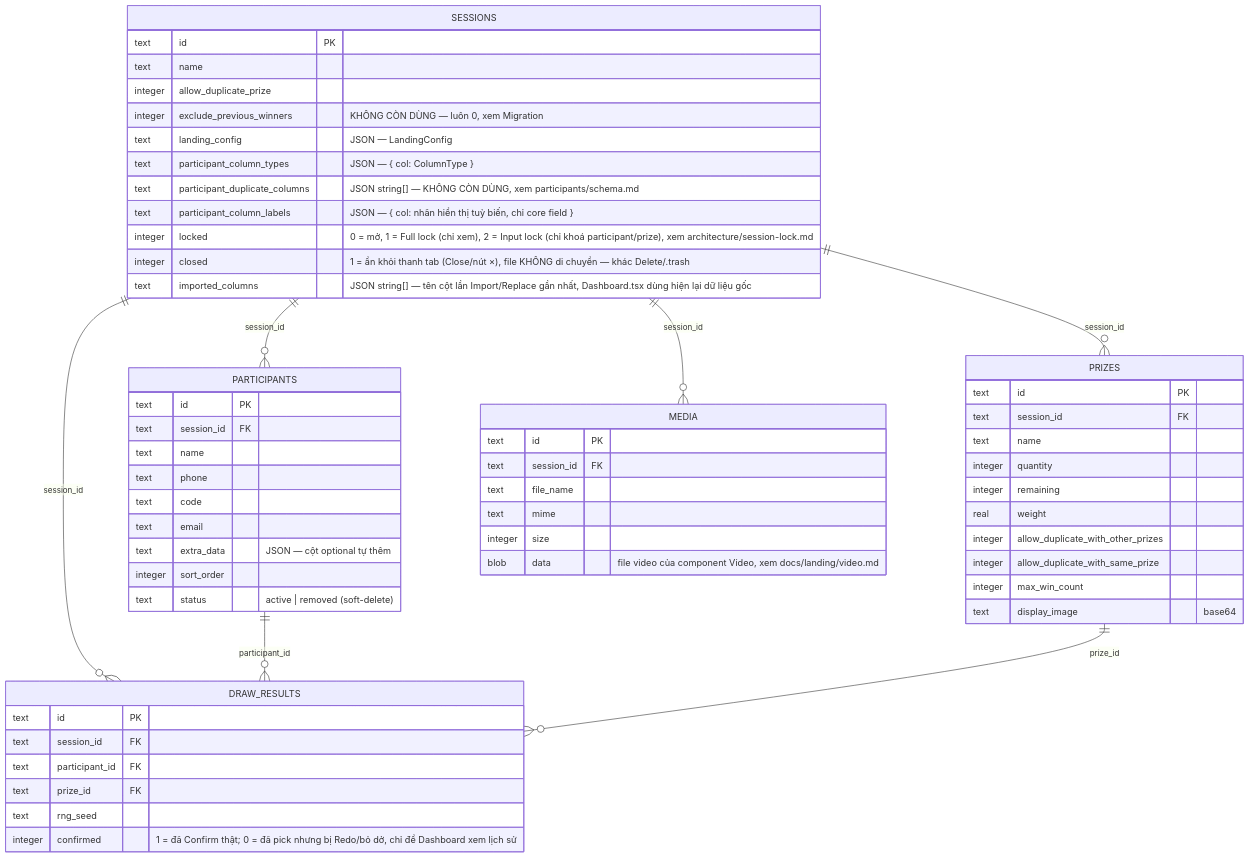
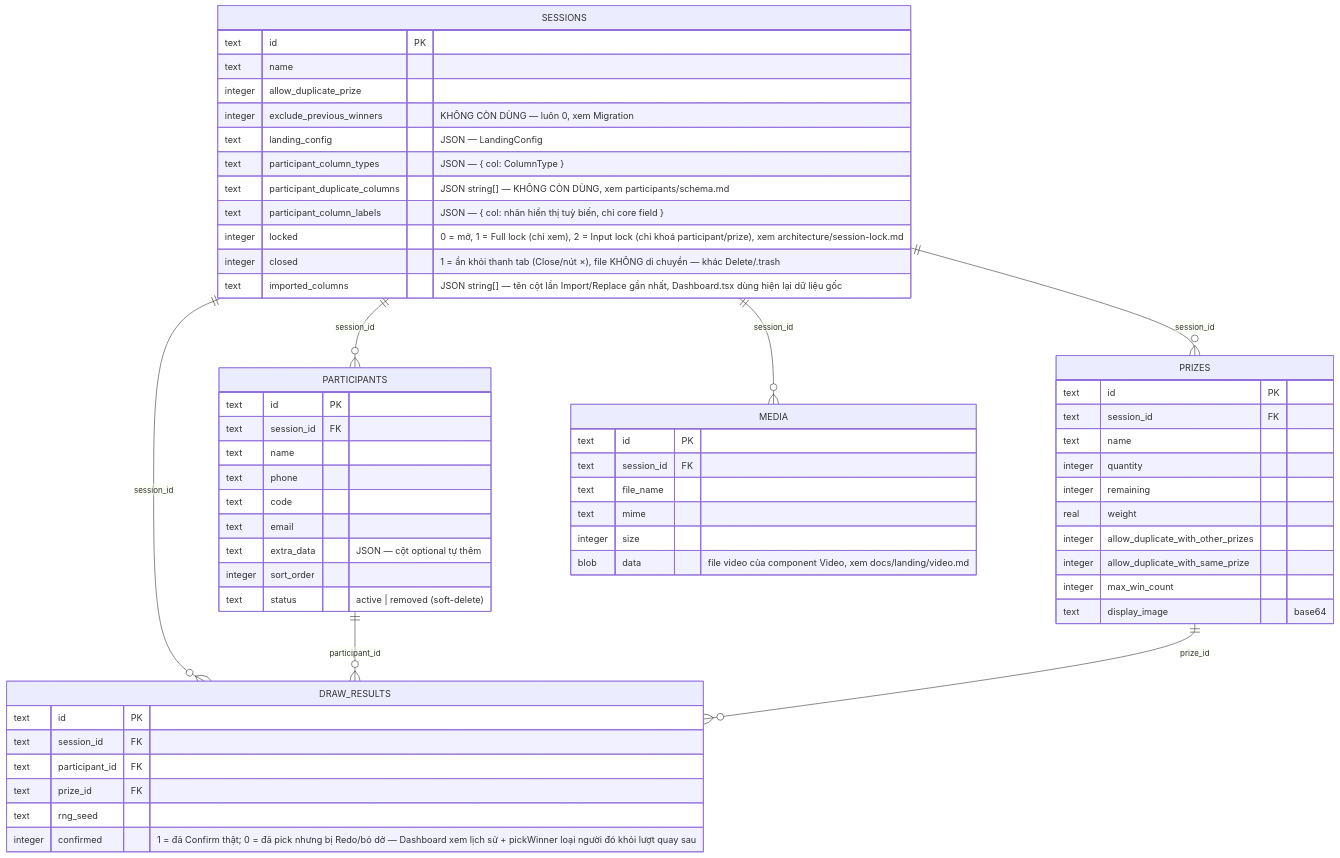
The diagram in docs/architecture/database-schema.md (nhatquang-nguyen-129/display_lucky_draw), drawn with Mermaid before and after one commit. The commit also changed 15 other files, not shown here.

````diff
--- a/docs/architecture/database-schema.md
+++ b/docs/architecture/database-schema.md
@@ -107,62 +107,62 @@
 ```mermaid
 erDiagram
   SESSIONS ||--o{ PARTICIPANTS : session_id
   SESSIONS ||--o{ PRIZES : session_id
   SESSIONS ||--o{ DRAW_RESULTS : session_id
   SESSIONS ||--o{ MEDIA : session_id
   PARTICIPANTS ||--o{ DRAW_RESULTS : participant_id
   PRIZES ||--o{ DRAW_RESULTS : prize_id
 
   SESSIONS {
     text id PK
     text name
     integer allow_duplicate_prize
     integer exclude_previous_winners "KHÔNG CÒN DÙNG — luôn 0, xem Migration"
     text landing_config "JSON — LandingConfig"
     text participant_column_types "JSON — { col: ColumnType }"
     text participant_duplicate_columns "JSON string[] — KHÔNG CÒN DÙNG, xem participants/schema.md"
     text participant_column_labels "JSON — { col: nhãn hiển thị tuỳ biến, chỉ core field }"
     integer locked "0 = mở, 1 = Full lock (chỉ xem), 2 = Input lock (chỉ khoá participant/prize), xem architecture/session-lock.md"
     integer closed "1 = ẩn khỏi thanh tab (Close/nút ×), file KHÔNG di chuyển — khác Delete/.trash"
     text imported_columns "JSON string[] — tên cột lần Import/Replace gần nhất, Dashboard.tsx dùng hiện lại dữ liệu gốc"
   }
   PARTICIPANTS {
     text id PK
     text session_id FK
     text name
     text phone
     text code
     text email
     text extra_data "JSON — cột optional tự thêm"
     integer sort_order
     text status "active | removed (soft-delete)"
   }
   PRIZES {
     text id PK
     text session_id FK
     text name
     integer quantity
     integer remaining
     real weight
     integer allow_duplicate_with_other_prizes
     integer allow_duplicate_with_same_prize
     integer max_win_count
     text display_image "base64"
   }
   DRAW_RESULTS {
     text id PK
     text session_id FK
     text participant_id FK
     text prize_id FK
     text rng_seed
-    integer confirmed "1 = đã Confirm thật; 0 = đã pick nhưng bị Redo/bỏ dở, chỉ để Dashboard xem lịch sử"
+    integer confirmed "1 = đã Confirm thật; 0 = đã pick nhưng bị Redo/bỏ dở — Dashboard xem lịch sử + pickWinner loại người đó khỏi lượt quay sau"
   }
   MEDIA {
     text id PK
     text session_id FK
     text file_name
     text mime
     integer size
     blob data "file video của component Video, xem docs/landing/video.md"
   }
 ```
````
